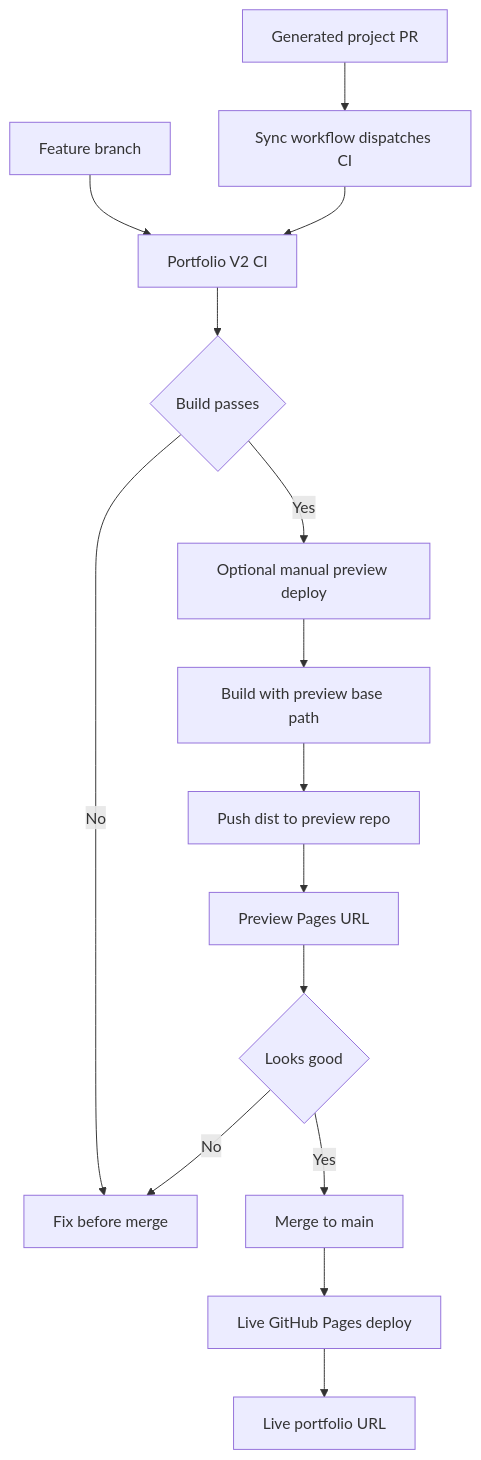
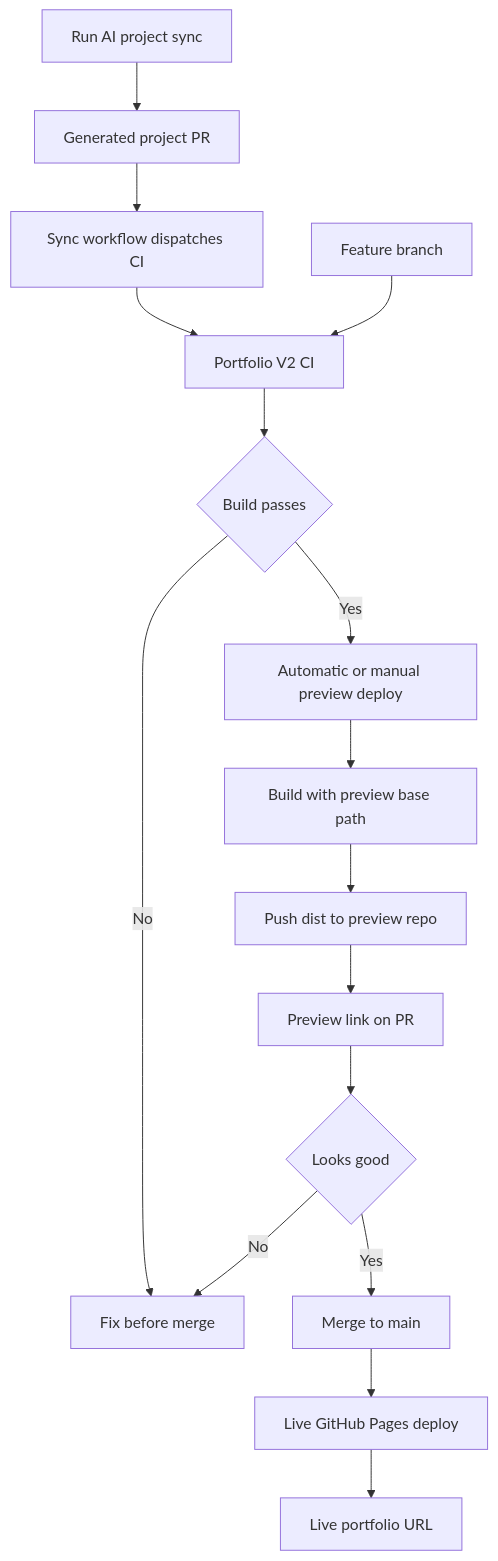
Before and after one commit to vikramsh2002/My-Portfolio: the second of 2 diagrams in README.md, drawn with Mermaid. The commit also changed other lines of this file and 3 other files, not shown here.

Commit message:
Add one-click portfolio sync preview flow

````diff
--- a/README.md
+++ b/README.md
@@ -45,17 +46,18 @@
 ```mermaid
 flowchart TD
+    S["Run AI project sync"] --> M["Generated project PR"]
+    M --> N["Sync workflow dispatches CI"]
+    N --> B
     A["Feature branch"] --> B["Portfolio V2 CI"]
-    M["Generated project PR"] --> N["Sync workflow dispatches CI"]
-    N --> B
     B --> C{"Build passes"}
     C -->|No| D["Fix before merge"]
-    C -->|Yes| E["Optional manual preview deploy"]
+    C -->|Yes| E["Automatic or manual preview deploy"]
     E --> F["Build with preview base path"]
     F --> G["Push dist to preview repo"]
-    G --> H["Preview Pages URL"]
+    G --> H["Preview link on PR"]
     H --> I{"Looks good"}
     I -->|No| D
     I -->|Yes| J["Merge to main"]
     J --> K["Live GitHub Pages deploy"]
     K --> L["Live portfolio URL"]
 ```
````
